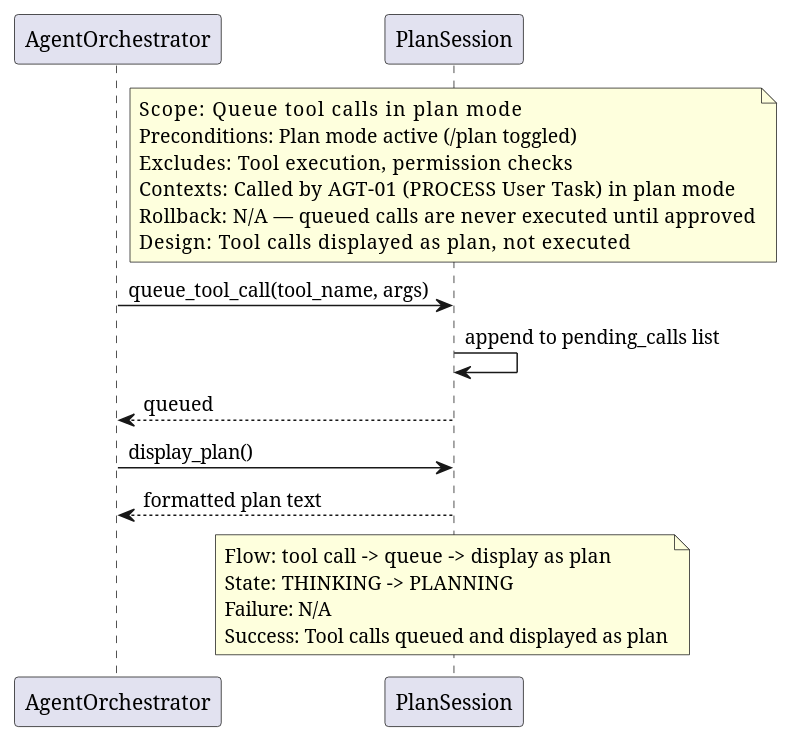
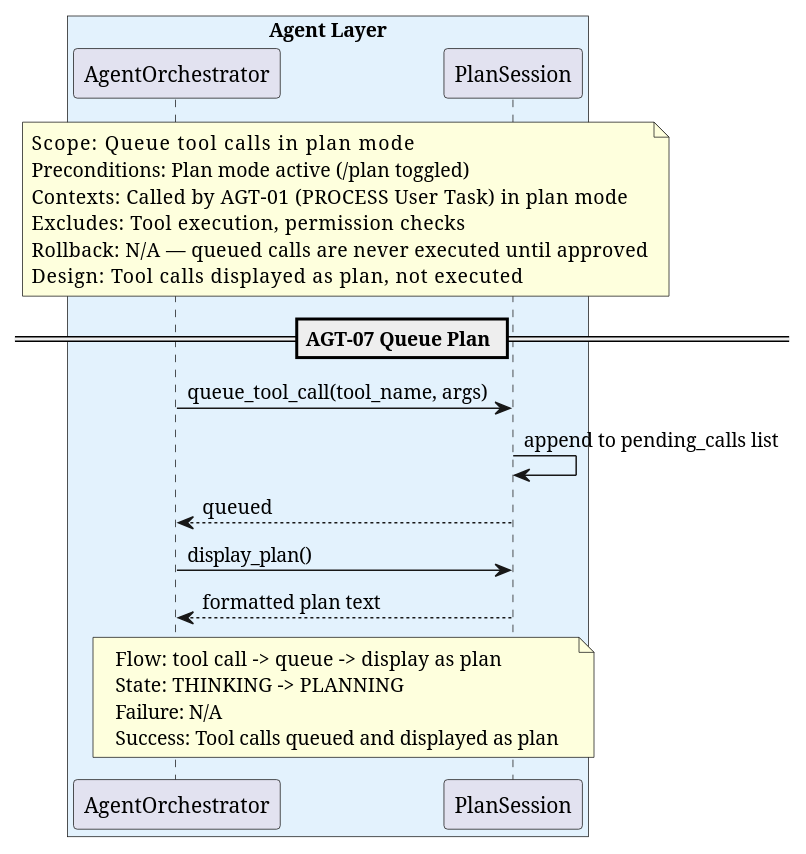
Before and after one commit to salimnamvar/nasim: the diagram in docs/sq/AGT/sq_agt07_queue_plan.puml, drawn with PlantUML. The commit also changed 37 other files, not shown here.

First line of the commit message:
docs: Refactor and enhance SQ, CTX, LLM, PRV, SAF, SSN, and TL diagrams for clarity and consistency

```diff
--- a/docs/sq/AGT/sq_agt07_queue_plan.puml
+++ b/docs/sq/AGT/sq_agt07_queue_plan.puml
@@ -1,41 +1,42 @@
 @startuml sq_agt07_queue_plan
 ' ============================================================
 ' Title:     AGT-07 — Queue Plan
 ' Boundary:  nasim code agent CLI
 ' Purpose:   Queue tool calls in plan mode without executing
 ' Milestone: v1.0
 ' Version:   2.0.0
 ' Source:    docs/audit/audit_2026-06-20_capability-and-architecture.md
 ' Review:    —
 ' ============================================================
 
-participant "AgentOrchestrator" as agent
-participant "PlanSession" as plan
-
 box "Agent Layer" #E3F2FD
+  participant "AgentOrchestrator" as agent
+  participant "PlanSession" as plan
 end box
 
-note over plan
+note over agent, plan
   Scope:          Queue tool calls in plan mode
   Preconditions:  Plan mode active (/plan toggled)
+  Contexts:       Called by AGT-01 (PROCESS User Task) in plan mode
   Excludes:       Tool execution, permission checks
-  Contexts:       Called by AGT-01 (PROCESS User Task) in plan mode
   Rollback:       N/A — queued calls are never executed until approved
   Design:         Tool calls displayed as plan, not executed
 end note
+
+== AGT-07 Queue Plan ==
 
 agent -> plan : queue_tool_call(tool_name, args)
 plan -> plan : append to pending_calls list
 plan --> agent : queued
 
 agent -> plan : display_plan()
 plan --> agent : formatted plan text
 
-note over plan
+note over agent, plan
   Flow:    tool call -> queue -> display as plan
   State:   THINKING -> PLANNING
   Failure: N/A
   Success: Tool calls queued and displayed as plan
 end note
 
 @enduml
```
